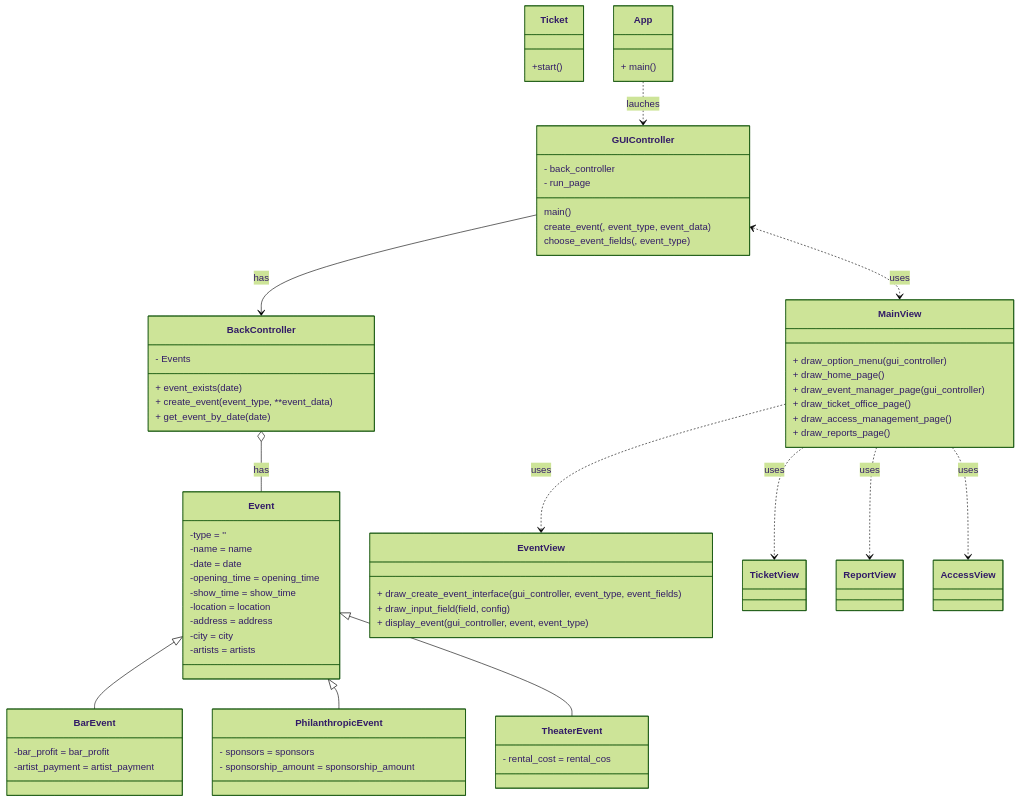
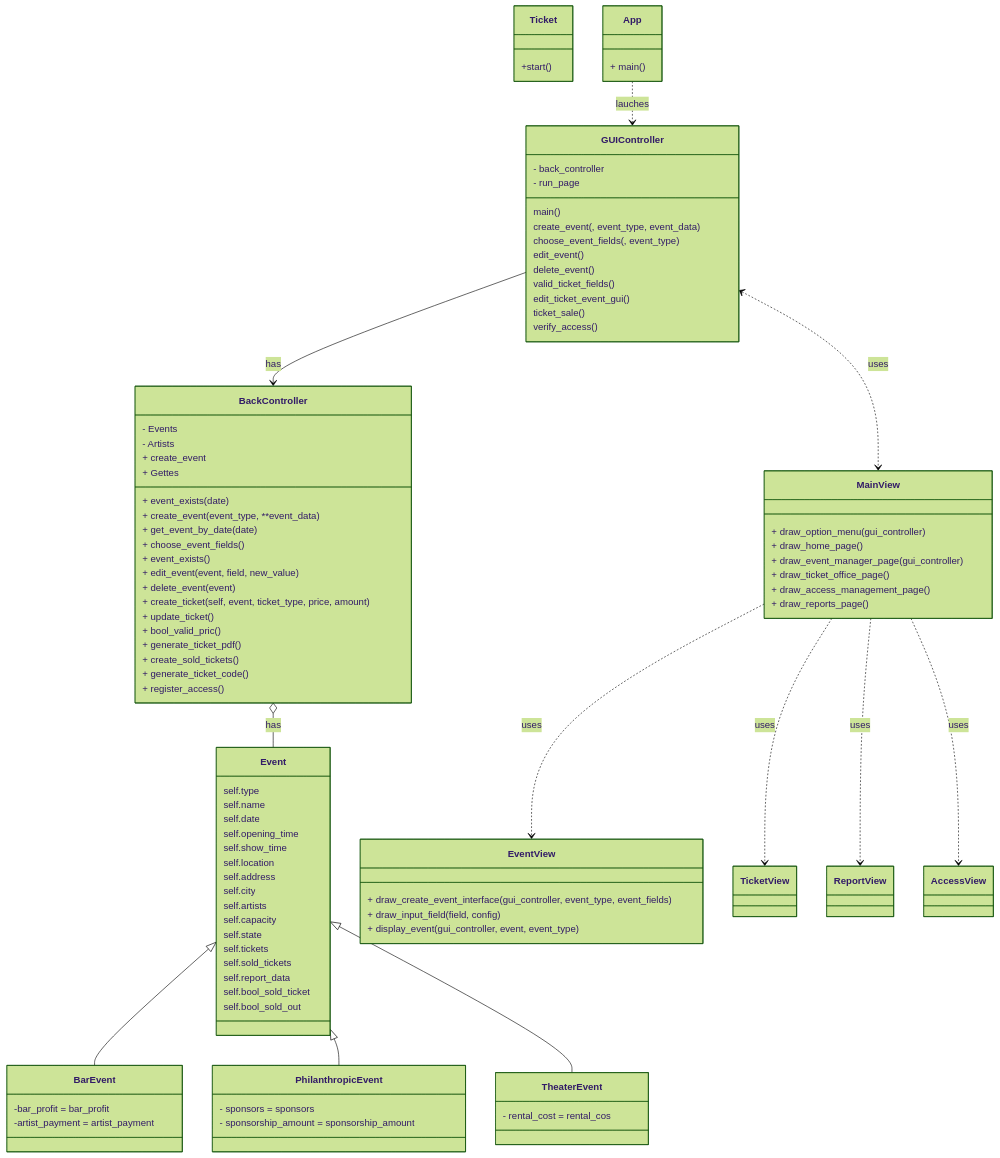
Before and after one commit to 300CIS017-Object-Oriented-Programming/0-2-proyecto-segunda-parte-jose-david: the diagram in README.md, drawn with Mermaid (forest theme). The commit also changed other lines of this file and 6 other files, not shown here.

```diff
--- a/README.md
+++ b/README.md
@@ -8,9 +7,24 @@
    classDiagram
     class BackController {
         - Events
+        - Artists
         + event_exists( date)
         + create_event( event_type, **event_data)
         + get_event_by_date(date)
+        + choose_event_fields()
+        + event_exists()
+        + create_event
+        + edit_event( event, field, new_value)
+        + delete_event(event)
+        + create_ticket(self, event, ticket_type, price, amount)
+        + update_ticket()
+        + bool_valid_pric()
+        + generate_ticket_pdf()
+        + create_sold_tickets()
+        + generate_ticket_code()
+        + register_access()
+        + Gettes
+        
     }
     class GUIController {
         - back_controller 
@@ -18,18 +32,34 @@
         main()
         create_event(, event_type, event_data)
         choose_event_fields(, event_type)
+        edit_event()
+        delete_event()
+        valid_ticket_fields()
+        edit_ticket_event_gui()
+        ticket_sale()
+        verify_access()
         
     }
     class Event {
-        -type = ''
-        -name = name
-        -date = date
-        -opening_time = opening_time
-        -show_time = show_time
-        -location = location
-        -address = address
-        -city = city
-        -artists = artists
+        self.type 
+        self.name 
+        self.date 
+        self.opening_time 
+        self.show_time 
+        self.location 
+        self.address 
+        self.city 
+        self.artists 
+        self.capacity 
+        self.state 
+
+        self.tickets  
+        self.sold_tickets 
+        self.report_data
+        self.bool_sold_ticket 
+
+       
+        self.bool_sold_out 
     }
     class BarEvent {
         -bar_profit = bar_profit
```
